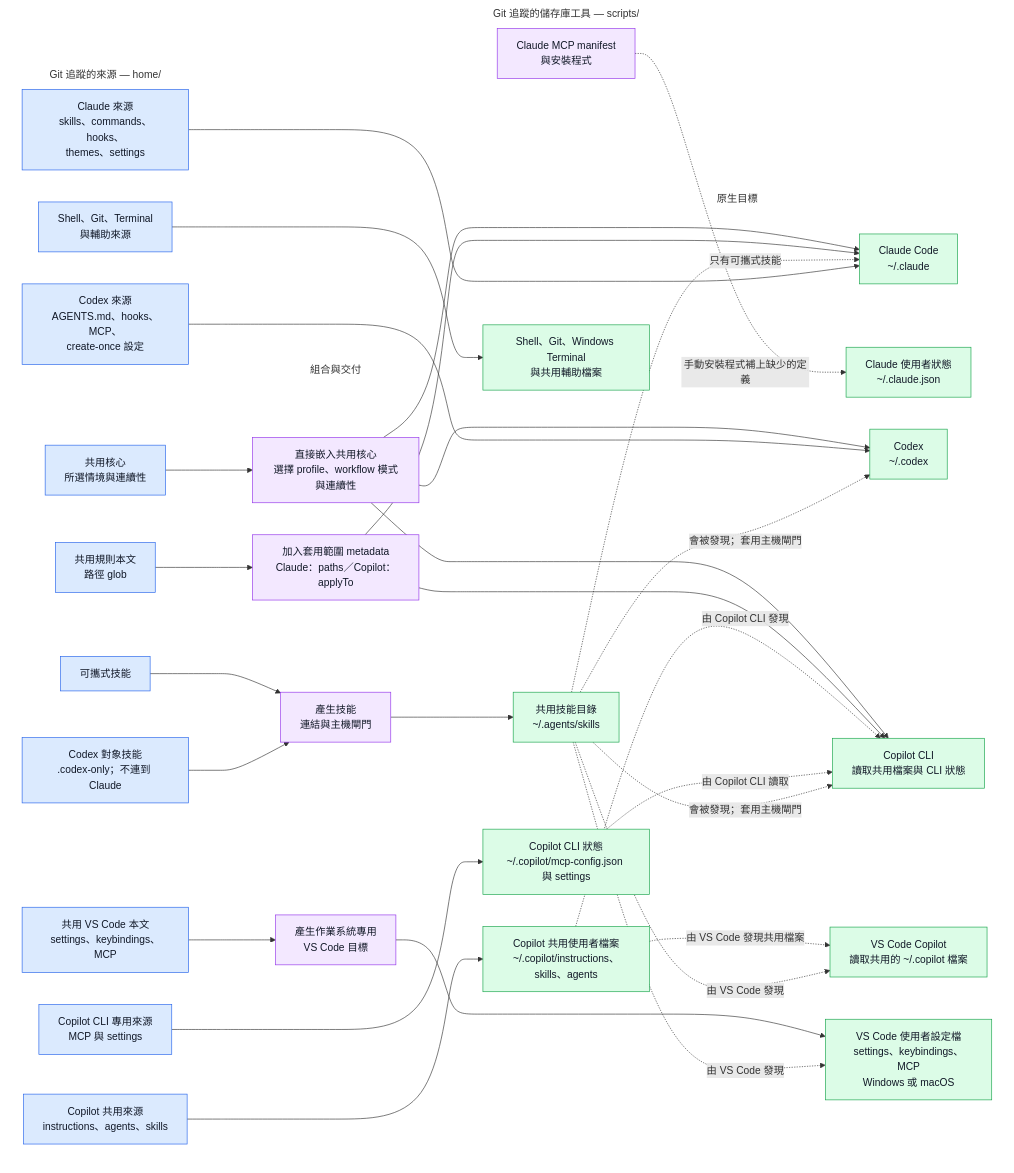
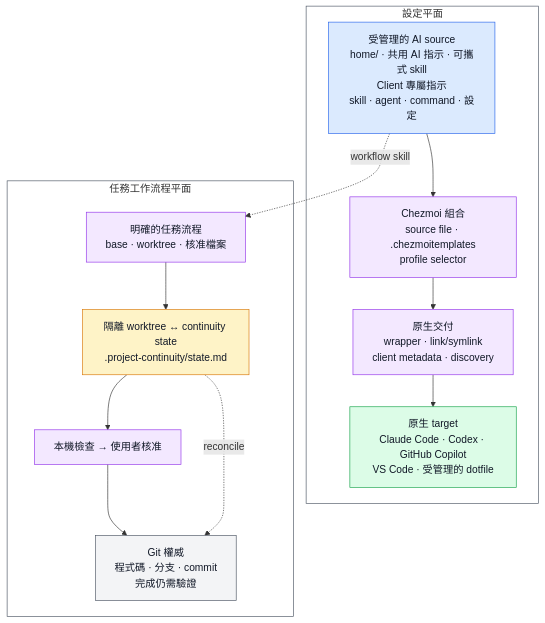
The first of 4 diagrams in README.zh-TW.md (sherrilla71940/dotfiles), drawn with Mermaid before and after one commit. The commit also changed other lines of this file and 1 other file, not shown here.

Commit message:
docs(readme): refine architecture diagram labels

````diff
--- a/README.zh-TW.md
+++ b/README.zh-TW.md
@@ -55,87 +41,32 @@
 ```mermaid
-%%{init: {"themeVariables": {"clusterBkg": "transparent"}, "flowchart": {"useMaxWidth": false}}}%%
-flowchart LR
-    subgraph source["Git 追蹤的來源 — home/"]
-        core["共用核心<br/>所選情境與連續性"]
-        rules["共用規則本文<br/>路徑 glob"]
-        portableSkills["可攜式技能"]
-        codexSkills["Codex 對象技能<br/>.codex-only；不連到 Claude"]
-        claudeNative["Claude 來源<br/>skills、commands、hooks、<br/>themes、settings"]
-        codexNative["Codex 來源<br/>AGENTS.md、hooks、MCP、<br/>create-once 設定"]
-        copilotNative["Copilot 共用來源<br/>instructions、agents、skills"]
-        copilotCliNative["Copilot CLI 專用來源<br/>MCP 與 settings"]
-        vscodeBody["共用 VS Code 本文<br/>settings、keybindings、MCP"]
-        platform["Shell、Git、Terminal<br/>與輔助來源"]
+flowchart TB
+    subgraph configuration["設定平面"]
+        aiSources["受管理的 AI source<br/>home/ · 共用 AI 指示 · 可攜式 skill<br/>Client 專屬指示<br/>skill · agent · command · 設定"]:::source
+        compose["Chezmoi 組合<br/>source file · .chezmoitemplates<br/>profile selector"]:::process
+        adapt["原生交付<br/>wrapper · link/symlink<br/>client metadata · discovery"]:::process
+        targets["原生 target<br/>Claude Code · Codex · GitHub Copilot<br/>VS Code · 受管理的 dotfile"]:::target
+        aiSources --> compose
+        compose --> adapt --> targets
     end
 
-    subgraph tooling["Git 追蹤的儲存庫工具 — scripts/"]
-        claudeMcp["Claude MCP manifest<br/>與安裝程式"]
+    subgraph workflow["任務工作流程平面"]
+        task["明確的任務流程<br/>base · worktree · 核准檔案"]:::process
+        state["隔離 worktree ↔ continuity state<br/>.project-continuity/state.md"]:::state
+        verify["本機檢查 → 使用者核准"]:::check
+        authority["Git 權威<br/>程式碼 · 分支 · commit<br/>完成仍需驗證"]:::authority
+        task --> state --> verify --> authority
     end
 
-    subgraph render["組合與交付"]
-        instructionAdapters["直接嵌入共用核心<br/>選擇 profile、workflow 模式與連續性"]
-        ruleAdapters["加入套用範圍 metadata<br/>Claude：paths／Copilot：applyTo"]
-        skillDelivery["產生技能<br/>連結與主機閘門"]
-        osAdapters["產生作業系統專用<br/>VS Code 目標"]
-    end
+    aiSources -. workflow skill .-> task
+    state -. reconcile .-> authority
 
-    subgraph targets["原生目標"]
-        claude["Claude Code<br/>~/.claude"]
-        claudeState["Claude 使用者狀態<br/>~/.claude.json"]
-        codex["Codex<br/>~/.codex"]
-        copilotFiles["Copilot 共用使用者檔案<br/>~/.copilot/instructions、skills、agents"]
-        copilotCli["Copilot CLI<br/>讀取共用檔案與 CLI 狀態"]
-        copilotCliState["Copilot CLI 狀態<br/>~/.copilot/mcp-config.json 與 settings"]
-        copilotHost["VS Code Copilot<br/>讀取共用的 ~/.copilot 檔案"]
-        agents["共用技能目錄<br/>~/.agents/skills"]
-        vscode["VS Code 使用者設定檔<br/>settings、keybindings、MCP<br/>Windows 或 macOS"]
-        other["Shell、Git、Windows Terminal<br/>與共用輔助檔案"]
-    end
+    classDef source fill:#dbeafe,stroke:#2563eb,color:#111827
+    classDef process fill:#f3e8ff,stroke:#9333ea,color:#111827
+    classDef target fill:#dcfce7,stroke:#16a34a,color:#111827
+    classDef state fill:#fef3c7,stroke:#d97706,color:#111827
+    classDef check fill:#f3e8ff,stroke:#9333ea,color:#111827
+    classDef authority fill:#f3f4f6,stroke:#4b5563,color:#111827
 
-    core --> instructionAdapters
-    instructionAdapters --> claude
-    instructionAdapters --> codex
-    instructionAdapters --> copilotCli
-
-    rules --> ruleAdapters
-    ruleAdapters --> claude
-    ruleAdapters --> copilotCli
-
-    portableSkills --> skillDelivery
-    codexSkills --> skillDelivery
-    skillDelivery --> agents
-    agents -.->|"只有可攜式技能"| claude
-
-    claudeNative --> claude
-    claudeMcp -.->|"手動安裝程式補上缺少的定義"| claudeState
-    codexNative --> codex
-    copilotNative --> copilotFiles
-    copilotCliNative --> copilotCliState
-
-    vscodeBody --> osAdapters --> vscode
-    platform --> other
-
-    copilotFiles -.->|"由 Copilot CLI 發現"| copilotCli
-    copilotFiles -.->|"由 VS Code 發現共用檔案"| copilotHost
-    copilotCliState -.->|"由 Copilot CLI 讀取"| copilotCli
-    agents -.->|"會被發現；套用主機閘門"| codex
-    agents -.->|"會被發現；套用主機閘門"| copilotCli
-    agents -.->|"由 VS Code 發現"| copilotHost
-    agents -.->|"由 VS Code 發現"| vscode
-
-    class core,rules,portableSkills,codexSkills,claudeNative,codexNative,copilotNative,copilotCliNative,vscodeBody,platform input
-    class claudeMcp,instructionAdapters,ruleAdapters,skillDelivery,osAdapters orchestration
-    class claude,claudeState,codex,copilotFiles,copilotCli,copilotCliState,copilotHost,agents,vscode,other output
-
-    classDef input fill:#dbeafe,stroke:#2563eb,color:#111827
-    classDef orchestration fill:#f3e8ff,stroke:#9333ea,color:#111827
-    classDef output fill:#dcfce7,stroke:#16a34a,color:#111827
-    classDef work fill:#fef3c7,stroke:#d97706,color:#111827
-    classDef control fill:#f3f4f6,stroke:#4b5563,color:#111827
-    classDef exception fill:#fee2e2,stroke:#dc2626,color:#111827
-
-    style source fill:none,stroke:transparent
-    style tooling fill:none,stroke:transparent
-    style render fill:none,stroke:transparent
-    style targets fill:none,stroke:transparent
+    style configuration fill:transparent,stroke:#4b5563,stroke-width:1px
+    style workflow fill:transparent,stroke:#4b5563,stroke-width:1px
 ```
````
